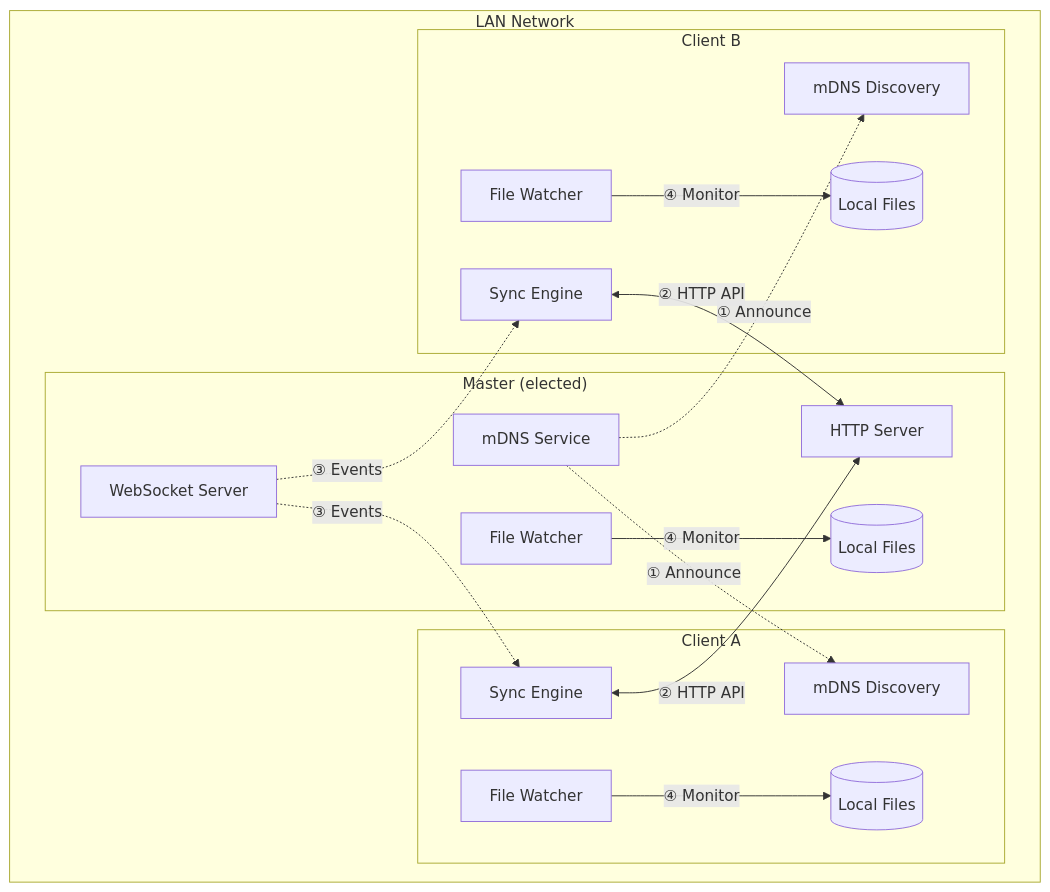
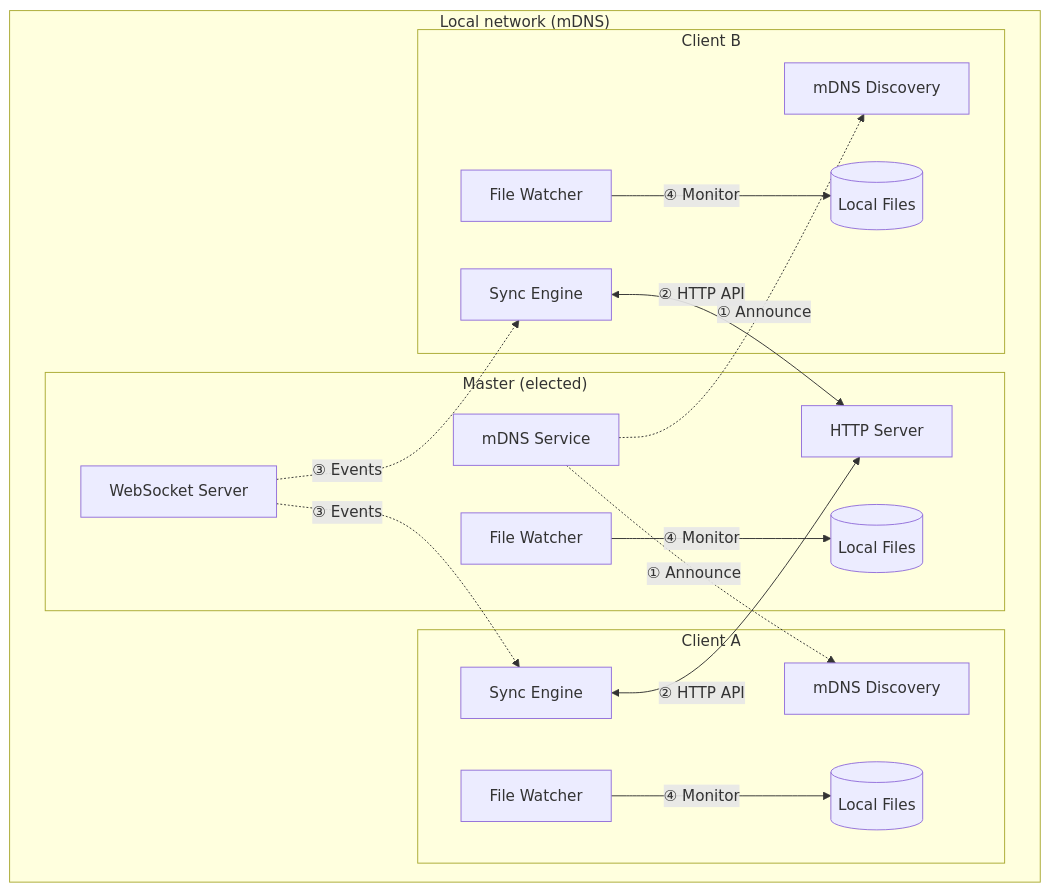
One commit to albertsdk/hsync-client changed the first of 7 diagrams in docs/internal/p2p-internals.md. Above: the diagram before and after it, drawn with Mermaid. The commit also changed 23 other files, not shown here.

````diff
--- a/docs/internal/p2p-internals.md
+++ b/docs/internal/p2p-internals.md
@@ -15,39 +15,39 @@
 ```mermaid
 flowchart TB
-    subgraph "LAN Network"
+    subgraph "Local network (mDNS)"
         subgraph "Master (elected)"
             M_DISC[mDNS Service]
             M_HTTP[HTTP Server]
             M_WS[WebSocket Server]
             M_WATCH[File Watcher]
             M_FILES[(Local Files)]
         end
 
         subgraph "Client A"
             A_DISC[mDNS Discovery]
             A_SYNC[Sync Engine]
             A_WATCH[File Watcher]
             A_FILES[(Local Files)]
         end
 
         subgraph "Client B"
             B_DISC[mDNS Discovery]
             B_SYNC[Sync Engine]
             B_WATCH[File Watcher]
             B_FILES[(Local Files)]
         end
     end
 
     M_DISC -.->|"① Announce"| A_DISC
     M_DISC -.->|"① Announce"| B_DISC
 
     A_SYNC <-->|"② HTTP API"| M_HTTP
     B_SYNC <-->|"② HTTP API"| M_HTTP
 
     M_WS -.->|"③ Events"| A_SYNC
     M_WS -.->|"③ Events"| B_SYNC
 
     M_WATCH -->|"④ Monitor"| M_FILES
     A_WATCH -->|"④ Monitor"| A_FILES
     B_WATCH -->|"④ Monitor"| B_FILES
 ```
````
